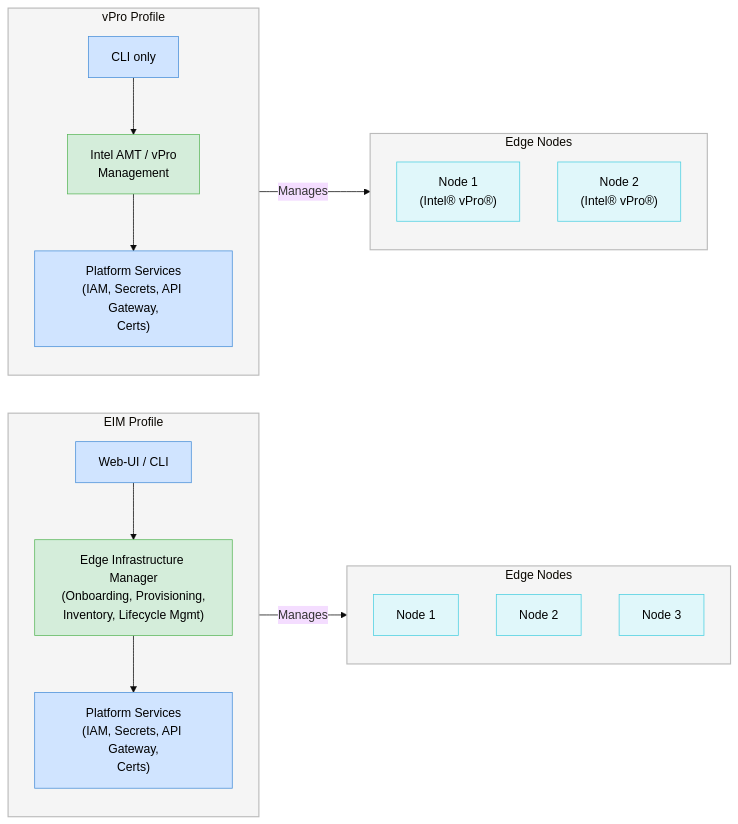
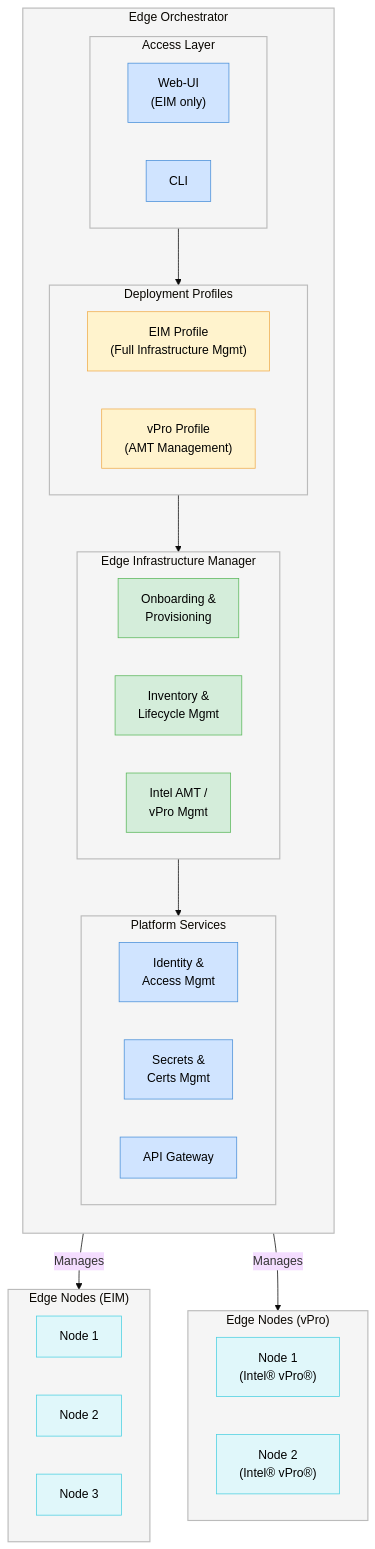
The diagram in README.md (open-edge-platform/edge-manageability-framework), drawn with Mermaid (base theme) before and after one commit.

````diff
--- a/README.md
+++ b/README.md
@@ -28,47 +28,65 @@
 ```mermaid
-flowchart LR
+flowchart TB
 
-    subgraph EIM["EIM Profile"]
+    subgraph EO["Edge Orchestrator"]
         direction TB
-        UI1[Web-UI / CLI]
-        IM1["Edge Infrastructure Manager<br/>(Onboarding, Provisioning,<br/>Inventory, Lifecycle Mgmt)"]
-        PS1["Platform Services<br/>(IAM, Secrets, API Gateway,<br/>Certs)"]
-        UI1 --> IM1 --> PS1
+
+        subgraph Access["Access Layer"]
+            direction LR
+            WebUI["Web-UI<br/>(EIM only)"]
+            CLI["CLI"]
+        end
+
+        subgraph Profiles["Deployment Profiles"]
+            direction LR
+            EIM["EIM Profile<br/>(Full Infrastructure Mgmt)"]
+            VPRO["vPro Profile<br/>(AMT Management)"]
+        end
+
+        subgraph Infra["Edge Infrastructure Manager"]
+            direction LR
+            Onboard["Onboarding &<br/>Provisioning"]
+            Inventory["Inventory &<br/>Lifecycle Mgmt"]
+            AMT["Intel AMT /<br/>vPro Mgmt"]
+        end
+
+        subgraph Platform["Platform Services"]
+            direction LR
+            IAM["Identity &<br/>Access Mgmt"]
+            Secrets["Secrets &<br/>Certs Mgmt"]
+            Gateway["API Gateway"]
+        end
+
+        Access --> Profiles --> Infra --> Platform
     end
 
-    subgraph EN1["Edge Nodes"]
-        direction TB
+    subgraph EN1["Edge Nodes (EIM)"]
+        direction LR
         E1["Node 1"]
         E2["Node 2"]
         E3["Node 3"]
     end
 
-    EIM -->|"Manages"| EN1
-
-    subgraph VPRO["vPro Profile"]
-        direction TB
-        CLI2[CLI only]
-        IM2["Intel AMT / vPro<br/>Management"]
-        PS2["Platform Services<br/>(IAM, Secrets, API Gateway,<br/>Certs)"]
-        CLI2 --> IM2 --> PS2
-    end
-
-    subgraph EN2["Edge Nodes"]
-        direction TB
+    subgraph EN2["Edge Nodes (vPro)"]
+        direction LR
         V1["Node 1<br/>(Intel® vPro®)"]
         V2["Node 2<br/>(Intel® vPro®)"]
     end
 
-    VPRO -->|"Manages"| EN2
+    EO -->|"Manages"| EN1
+    EO -->|"Manages"| EN2
 
     classDef blue fill:#d0e4ff,color:#000,stroke:#4a90d9
     classDef green fill:#d4edda,color:#000,stroke:#5cb85c
     classDef lightblue fill:#e0f7fa,color:#000,stroke:#4dd0e1
     classDef grey fill:#f5f5f5,stroke:#bbb,stroke-width:1.5px
+    classDef orange fill:#fff3cd,color:#000,stroke:#f0ad4e
 
-    class EIM,VPRO grey
-    class UI1,CLI2,PS1,PS2 blue
-    class IM1,IM2 green
+    class EO,Access,Profiles,Infra,Platform grey
+    class WebUI,CLI blue
+    class EIM,VPRO orange
+    class Onboard,Inventory,AMT green
+    class IAM,Secrets,Gateway blue
     class EN1,EN2 grey
     class E1,E2,E3,V1,V2 lightblue
 ```
````
